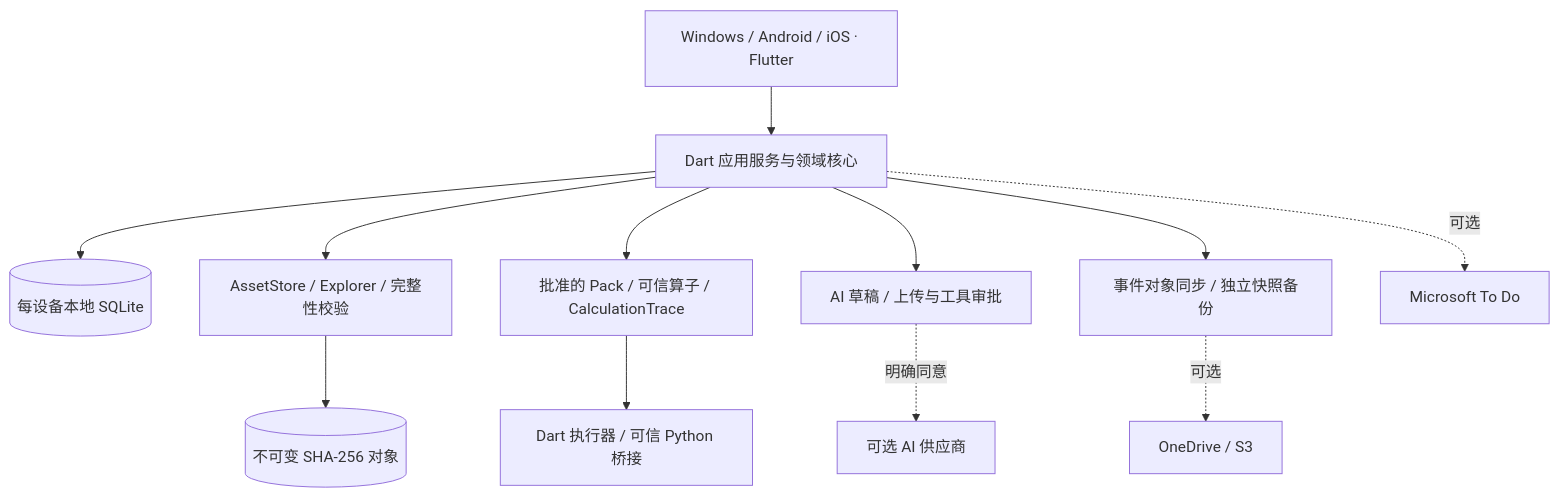
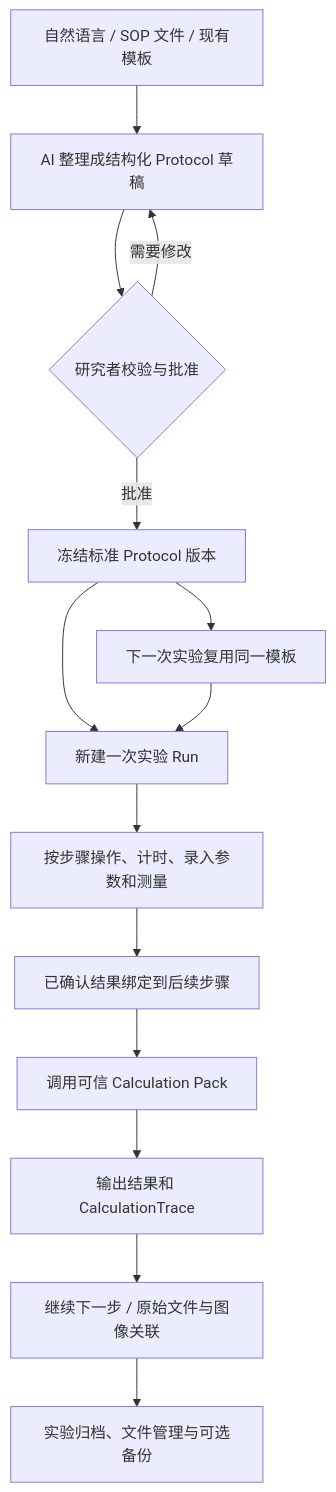
One commit to jung233/Lab_Workspace changed the diagram in README.md. Above: the diagram before and after it, drawn with Mermaid. The commit also changed other lines of this file, not shown here.

````diff
--- a/README.md
+++ b/README.md
@@ -144,14 +32,16 @@
 ```mermaid
-flowchart TB
-    UI[Windows / Android / iOS · Flutter] --> CORE[Dart 应用服务与领域核心]
-    CORE --> DB[(每设备本地 SQLite)]
-    CORE --> ASSET[AssetStore / Explorer / 完整性校验]
-    ASSET --> CAS[(不可变 SHA-256 对象)]
-    CORE --> CALC[批准的 Pack / 可信算子 / CalculationTrace]
-    CALC --> EXEC[Dart 执行器 / 可信 Python 桥接]
-    CORE --> REVIEW[AI 草稿 / 上传与工具审批]
-    REVIEW -.明确同意.-> AI[可选 AI 供应商]
-    CORE --> SYNC[事件对象同步 / 独立快照备份]
-    SYNC -.可选.-> CLOUD[OneDrive / S3]
-    CORE -.可选.-> TODO[Microsoft To Do]
+flowchart TD
+    A[自然语言 / SOP 文件 / 现有模板] --> B[AI 整理成结构化 Protocol 草稿]
+    B --> C{研究者校验与批准}
+    C -->|需要修改| B
+    C -->|批准| D[冻结标准 Protocol 版本]
+    D --> E[新建一次实验 Run]
+    E --> F[按步骤操作、计时、录入参数和测量]
+    F --> G[已确认结果绑定到后续步骤]
+    G --> H[调用可信 Calculation Pack]
+    H --> I[输出结果和 CalculationTrace]
+    I --> J[继续下一步 / 原始文件与图像关联]
+    J --> K[实验归档、文件管理与可选备份]
+    D --> L[下一次实验复用同一模板]
+    L --> E
 ```
````
